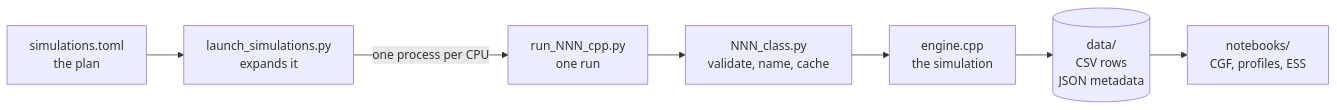
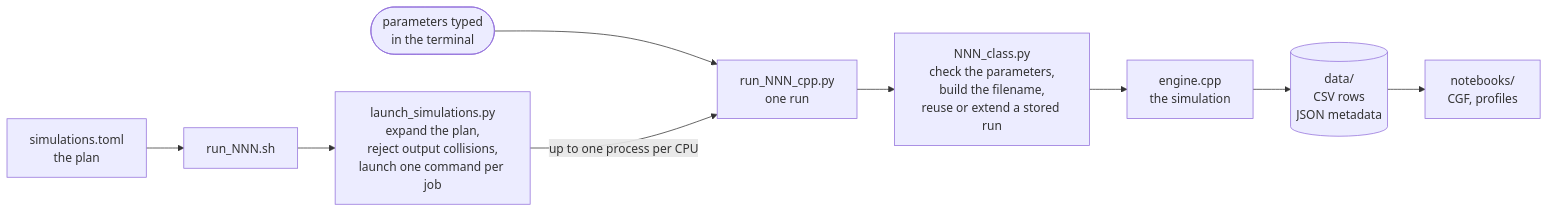
Before and after one commit to jcosta99/Rare-Events-Simulator: the first of 3 diagrams in Simulator/docs/SIMULATION_FLOW.md, drawn with Mermaid. The commit also changed other lines of this file and 12 other files, not shown here.

````diff
--- a/Simulator/docs/SIMULATION_FLOW.md
+++ b/Simulator/docs/SIMULATION_FLOW.md
@@ -29,9 +27,11 @@
 ```mermaid
 flowchart LR
-    toml["simulations.toml<br/>the plan"] --> launcher["launch_simulations.py<br/>expands it"]
-    launcher -->|"one process per CPU"| cli["run_NNN_cpp.py<br/>one run"]
-    cli --> wrapper["NNN_class.py<br/>validate, name, cache"]
+    toml["simulations.toml<br/>the plan"] --> sh["run_NNN.sh"]
+    sh --> launcher["launch_simulations.py<br/>expand the plan,<br/>reject output collisions,<br/>launch one command per job"]
+    term(["parameters typed<br/>in the terminal"]) --> cli["run_NNN_cpp.py<br/>one run"]
+    launcher -->|"up to one process per CPU"| cli
+    cli --> wrapper["NNN_class.py<br/>check the parameters,<br/>build the filename,<br/>reuse or extend a stored run"]
     wrapper --> engine["engine.cpp<br/>the simulation"]
     engine --> store[("data/<br/>CSV rows<br/>JSON metadata")]
-    store --> nb["notebooks/<br/>CGF, profiles, ESS"]
+    store --> nb["notebooks/<br/>CGF, profiles"]
 ```
````
